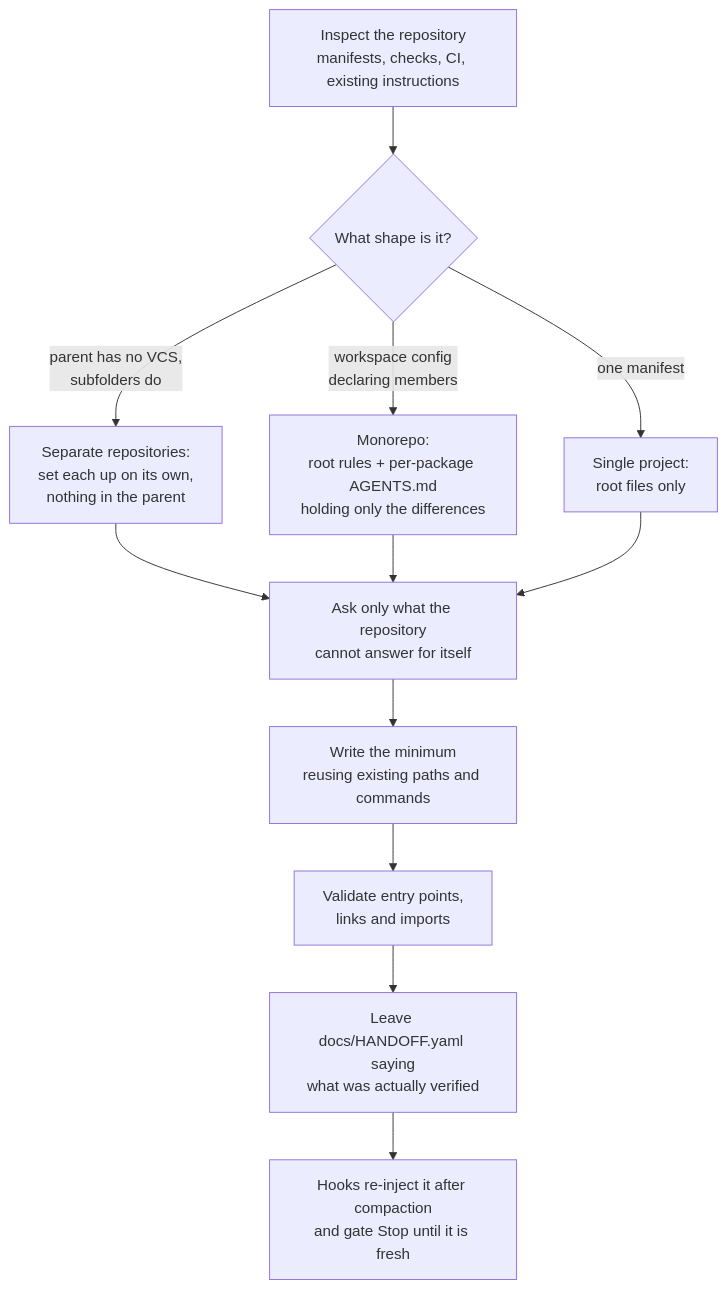
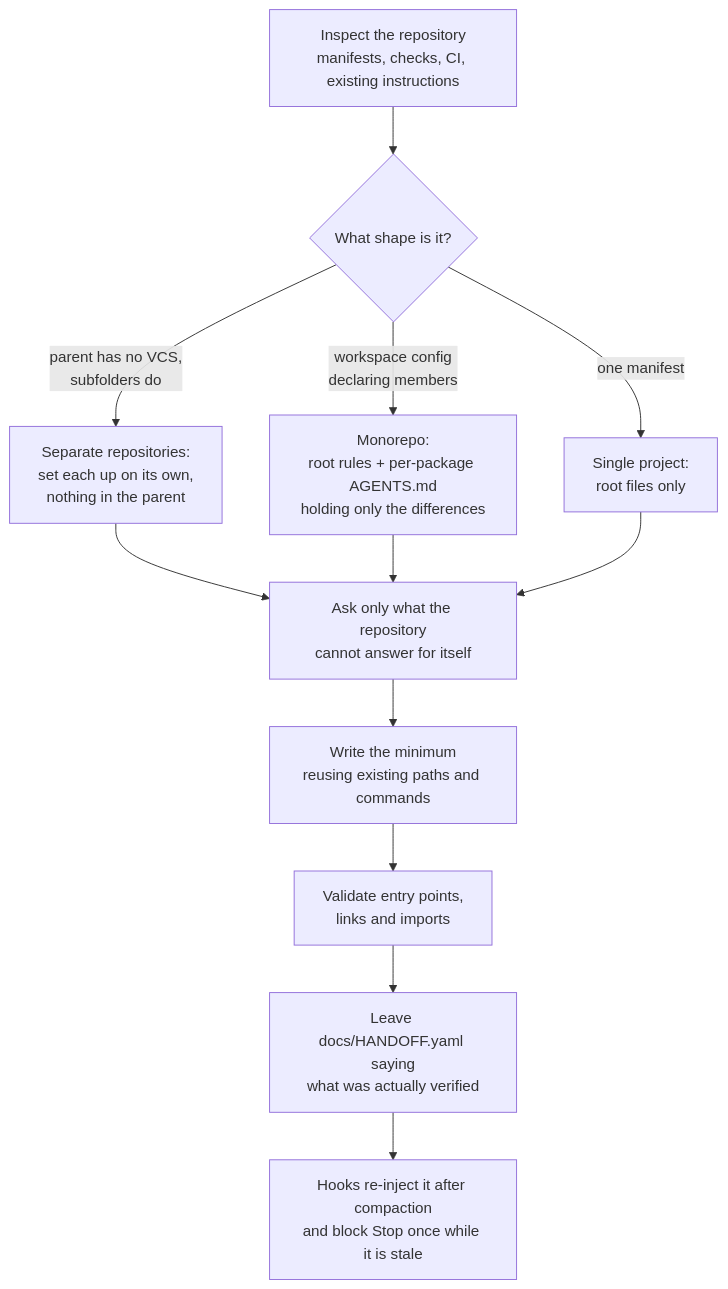
Before and after one commit to Gmust/setup-agentic-workflow-plugin: the diagram in README.md, drawn with Mermaid. The commit also changed other lines of this file and 2 other files, not shown here.

First line of the commit message:
docs(setup): record headless Stop gate behavior on Claude Code 2.1.329

````diff
--- a/README.md
+++ b/README.md
@@ -84,14 +88,14 @@
 ```mermaid
 flowchart TD
     A["Inspect the repository<br/>manifests, checks, CI, existing instructions"] --> B{"What shape is it?"}
     B -->|"parent has no VCS,<br/>subfolders do"| C["Separate repositories:<br/>set each up on its own,<br/>nothing in the parent"]
     B -->|"workspace config<br/>declaring members"| D["Monorepo:<br/>root rules + per-package AGENTS.md<br/>holding only the differences"]
     B -->|"one manifest"| E["Single project:<br/>root files only"]
     C --> F["Ask only what the repository<br/>cannot answer for itself"]
     D --> F
     E --> F
     F --> G["Write the minimum<br/>reusing existing paths and commands"]
     G --> H["Validate entry points,<br/>links and imports"]
     H --> I["Leave docs/HANDOFF.yaml saying<br/>what was actually verified"]
-    I --> J["Hooks re-inject it after compaction<br/>and gate Stop until it is fresh"]
+    I --> J["Hooks re-inject it after compaction<br/>and block Stop once while it is stale"]
 ```
````
